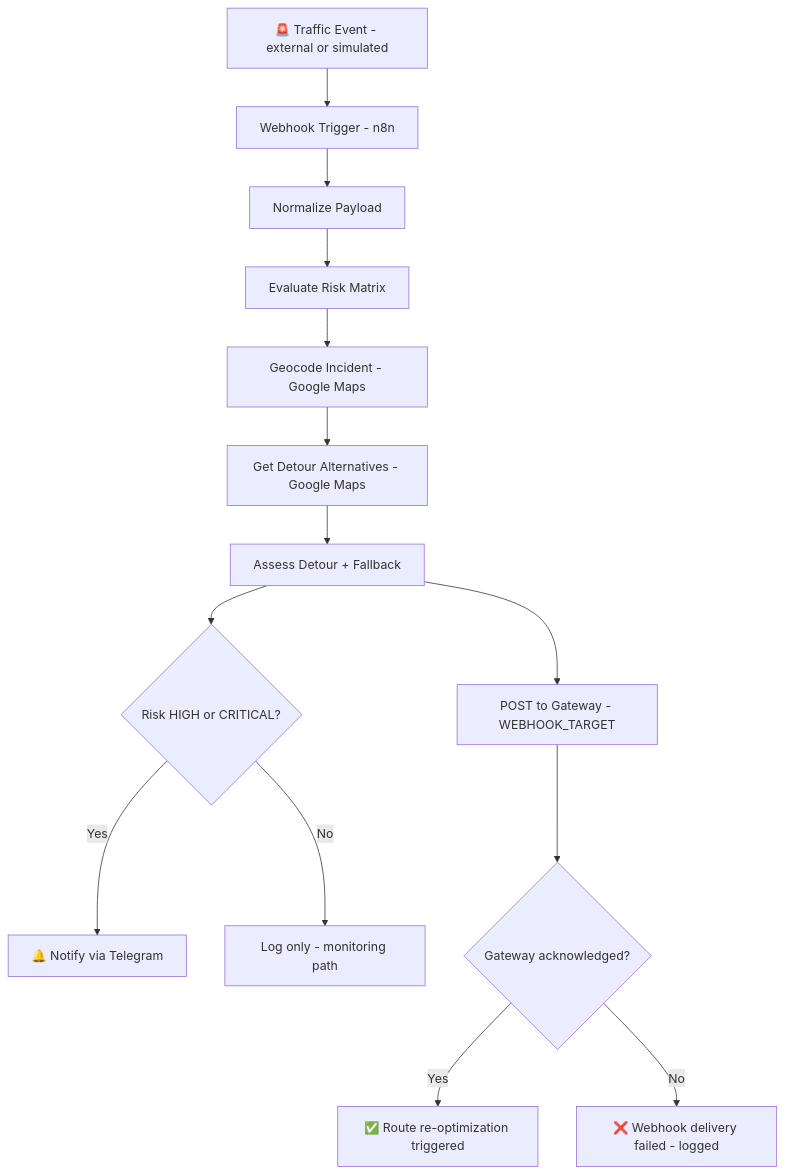
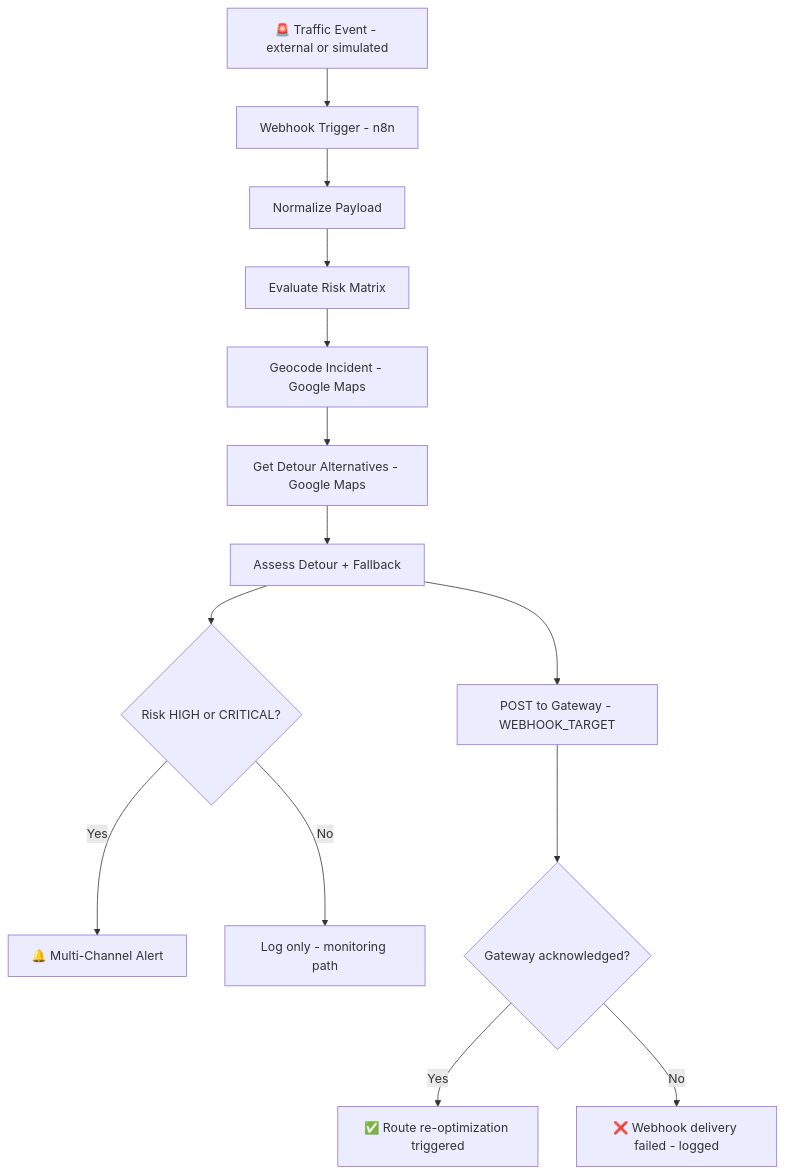
One commit to Logiflow-Gavilanes-ECI/logiflow changed the first of 2 diagrams in services/automation/README.md. Above: the diagram before and after it, drawn with Mermaid. The commit also changed other lines of this file and 30 other files, not shown here.

````diff
--- a/services/automation/README.md
+++ b/services/automation/README.md
@@ -71,16 +71,16 @@
 ```mermaid
 graph TD
     A[🚨 Traffic Event - external or simulated] --> B[Webhook Trigger - n8n]
     B --> C[Normalize Payload]
     C --> D[Evaluate Risk Matrix]
     D --> E[Geocode Incident - Google Maps]
     E --> F[Get Detour Alternatives - Google Maps]
     F --> G[Assess Detour + Fallback]
     G --> H[POST to Gateway - WEBHOOK_TARGET]
     G --> I{Risk HIGH or CRITICAL?}
-    I -->|Yes| J[🔔 Notify via Telegram]
+    I -->|Yes| J[🔔 Multi-Channel Alert]
     I -->|No| K[Log only - monitoring path]
     H --> L{Gateway acknowledged?}
     L -->|Yes| M[✅ Route re-optimization triggered]
     L -->|No| N[❌ Webhook delivery failed - logged]
 ```
````
